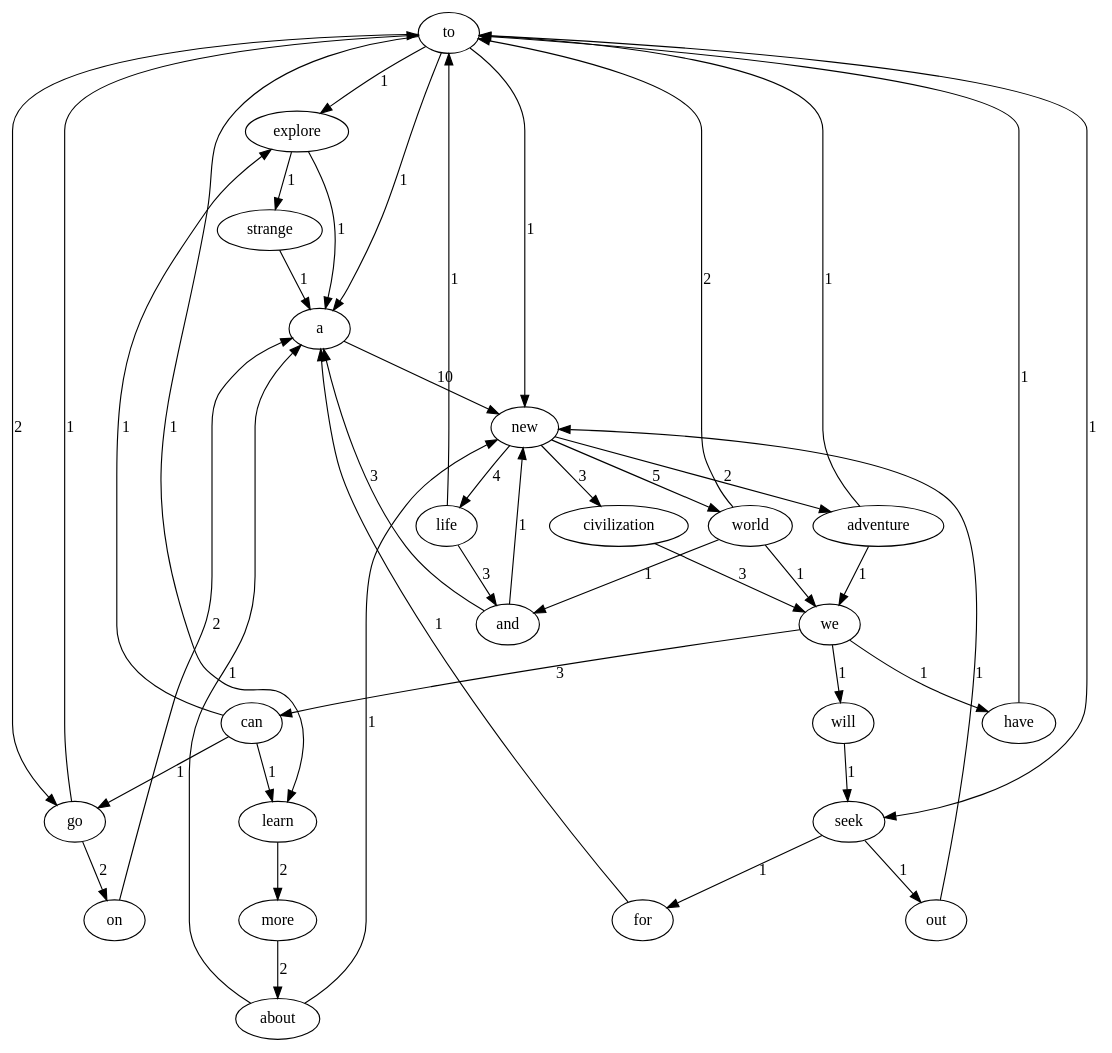
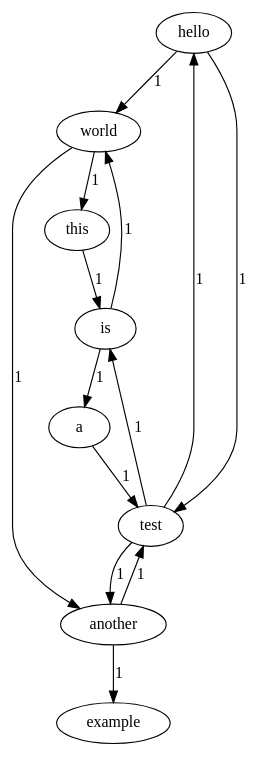
One commit to kurofu0319/Lab1-2021110667 changed the diagram in src/file/Graph.dot. Above: the diagram before and after it, drawn with Graphviz. The commit also changed 44 other files, not shown here.

```diff
--- a/src/file/Graph.dot
+++ b/src/file/Graph.dot
@@ -1,67 +1,23 @@
 digraph TextGraph {
-to;
-explore;
-strange;
+hello;
+world;
+this;
+is;
 a;
-new;
-world;
-and;
-life;
-civilization;
-we;
-can;
-go;
-on;
-adventure;
-seek;
-out;
-learn;
-more;
-about;
-have;
-will;
-for;
-to -> explore [label = 1];
-explore -> strange [label = 1];
-strange -> a [label = 1];
-a -> new [label = 10];
-new -> world [label = 5];
-world -> and [label = 1];
-and -> a [label = 3];
-and -> new [label = 1];
-world -> to [label = 2];
-world -> we [label = 1];
-we -> can [label = 3];
-can -> go [label = 1];
-go -> on [label = 2];
-on -> a [label = 2];
-go -> to [label = 1];
-can -> learn [label = 1];
-learn -> more [label = 2];
-more -> about [label = 2];
-about -> a [label = 1];
-about -> new [label = 1];
-can -> explore [label = 1];
-we -> have [label = 1];
-have -> to [label = 1];
-we -> will [label = 1];
-will -> seek [label = 1];
-seek -> out [label = 1];
-out -> new [label = 1];
-seek -> for [label = 1];
-for -> a [label = 1];
-new -> life [label = 4];
-life -> and [label = 3];
-life -> to [label = 1];
-new -> civilization [label = 3];
-civilization -> we [label = 3];
-new -> adventure [label = 2];
-adventure -> to [label = 1];
-adventure -> we [label = 1];
-explore -> a [label = 1];
-to -> seek [label = 1];
-to -> go [label = 2];
-to -> a [label = 1];
-to -> learn [label = 1];
-to -> new [label = 1];
+test;
+another;
+example;
+hello -> world [label = 1];
+world -> this [label = 1];
+this -> is [label = 1];
+is -> a [label = 1];
+a -> test [label = 1];
+test -> hello [label = 1];
+test -> is [label = 1];
+test -> another [label = 1];
+another -> test [label = 1];
+another -> example [label = 1];
+is -> world [label = 1];
+world -> another [label = 1];
+hello -> test [label = 1];
 }
```
